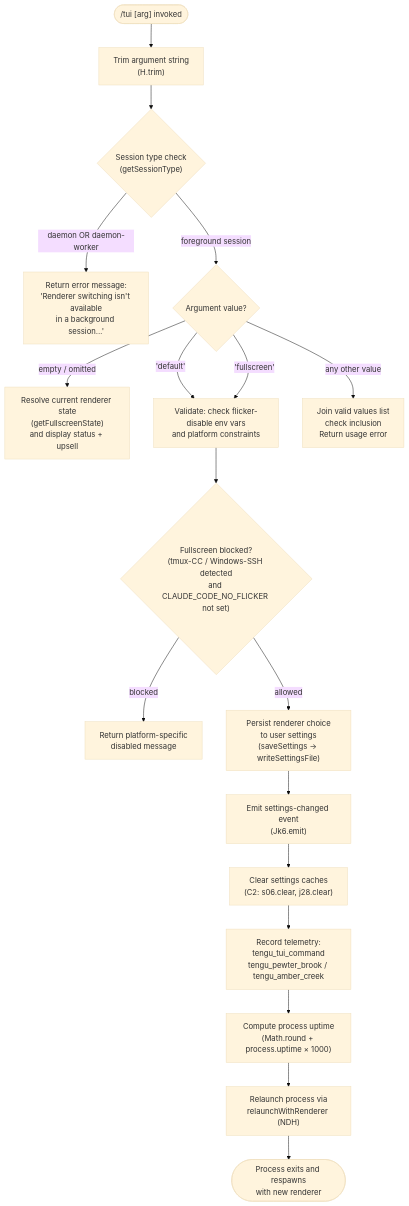
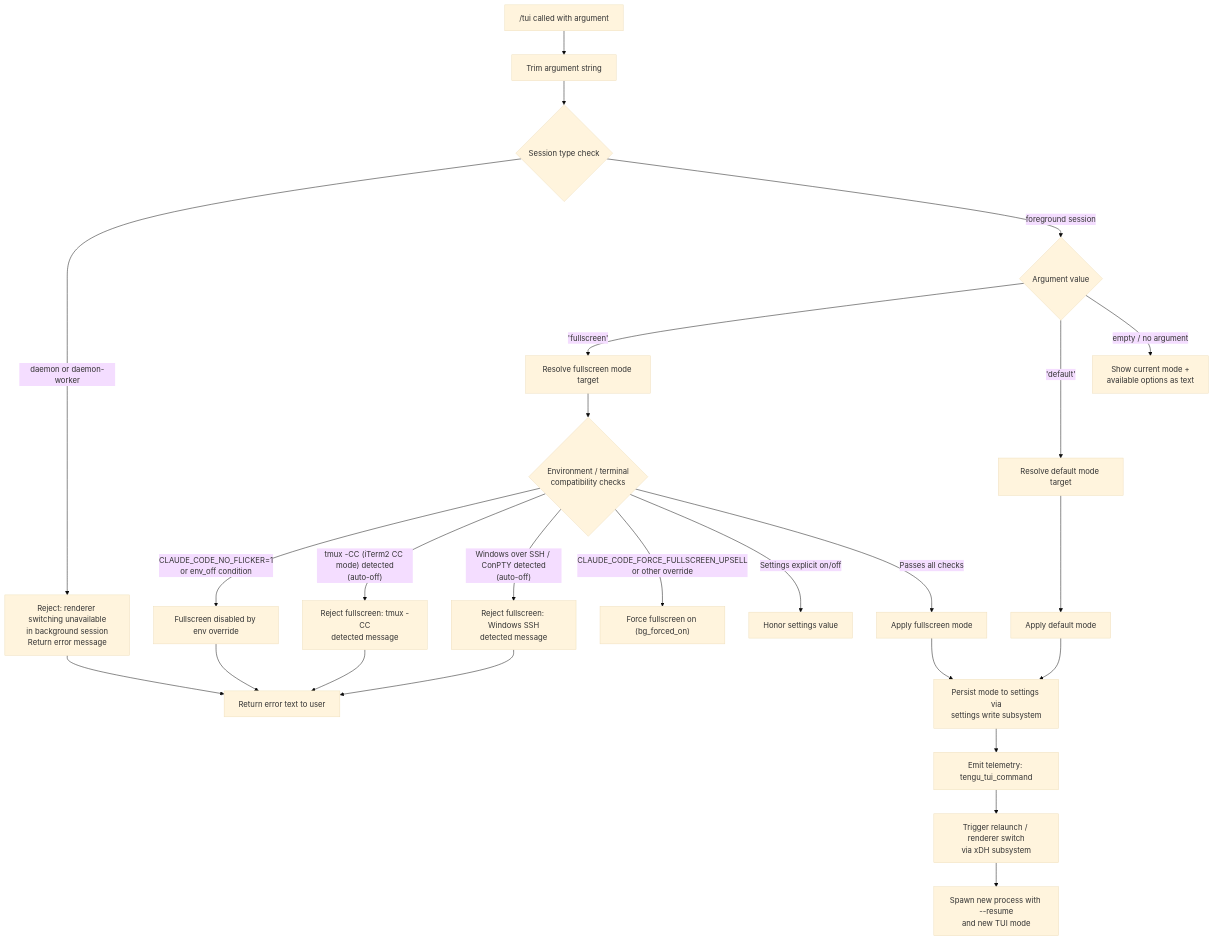
The diagram in versions/v2.1.133/tui.md (MyLittleLuckyDog/cc-gnothi), drawn with Mermaid (base theme) before and after one commit. The commit also changed other lines of this file and 95 other files, not shown here.

````diff
--- a/versions/v2.1.133/tui.md
+++ b/versions/v2.1.133/tui.md
@@ -48,20 +56,27 @@
 ```mermaid
 flowchart TD
-    A(["/tui [arg] invoked"]) --> B["Trim argument string\n(H.trim)"]
-    B --> C{"Session type check\n(getSessionType)"}
-    C -- "daemon OR daemon-worker" --> D["Return error message:\n'Renderer switching isn't available\nin a background session…'"]
-    C -- "foreground session" --> E{"Argument value?"}
-    E -- "empty / omitted" --> F["Resolve current renderer state\n(getFullscreenState)\nand display status + upsell"]
-    E -- "'default'" --> G["Validate: check flicker-disable env vars\nand platform constraints"]
-    E -- "'fullscreen'" --> G
-    E -- "any other value" --> H["Join valid values list\ncheck inclusion\nReturn usage error"]
-    G --> I{"Fullscreen blocked?\n(tmux-CC / Windows-SSH detected\nand CLAUDE_CODE_NO_FLICKER not set)"}
-    I -- "blocked" --> J["Return platform-specific\ndisabled message"]
-    I -- "allowed" --> K["Persist renderer choice\nto user settings\n(saveSettings → writeSettingsFile)"]
-    K --> L["Emit settings-changed event\n(Jk6.emit)"]
-    L --> M["Clear settings caches\n(C2: s06.clear, j28.clear)"]
-    M --> N["Record telemetry:\ntengu_tui_command\ntengu_pewter_brook / tengu_amber_creek"]
-    N --> O["Compute process uptime\n(Math.round + process.uptime × 1000)"]
-    O --> P["Relaunch process via\nrelaunchWithRenderer (NDH)"]
-    P --> Q([Process exits and respawns\nwith new renderer])
+    A["/tui called with argument"] --> B["Trim argument string"]
+    B --> C{"Session type check"}
+    C -->|"daemon or daemon-worker"| D["Reject: renderer switching unavailable\nin background session\nReturn error message"]
+    C -->|"foreground session"| E{"Argument value"}
+    E -->|"'fullscreen'"| F["Resolve fullscreen mode target"]
+    E -->|"'default'"| G["Resolve default mode target"]
+    E -->|"empty / no argument"| H["Show current mode +\navailable options as text"]
+    F --> I{"Environment / terminal\ncompatibility checks"}
+    I -->|"CLAUDE_CODE_NO_FLICKER=1\nor env_off condition"| J["Fullscreen disabled by env override"]
+    I -->|"tmux -CC (iTerm2 CC mode) detected\n(auto-off)"| K["Reject fullscreen: tmux -CC\ndetected message"]
+    I -->|"Windows over SSH / ConPTY detected\n(auto-off)"| L["Reject fullscreen: Windows SSH\ndetected message"]
+    I -->|"CLAUDE_CODE_FORCE_FULLSCREEN_UPSELL\nor other override"| M["Force fullscreen on (bg_forced_on)"]
+    I -->|"Settings explicit on/off"| N["Honor settings value"]
+    I -->|"Passes all checks"| O["Apply fullscreen mode"]
+    G --> P["Apply default mode"]
+    O --> Q["Persist mode to settings via\nsettings write subsystem"]
+    P --> Q
+    Q --> R["Emit telemetry: tengu_tui_command"]
+    R --> S["Trigger relaunch / renderer switch\nvia xDH subsystem"]
+    S --> T["Spawn new process with --resume\nand new TUI mode"]
+    K --> U["Return error text to user"]
+    L --> U
+    J --> U
+    D --> U
 ```
````
